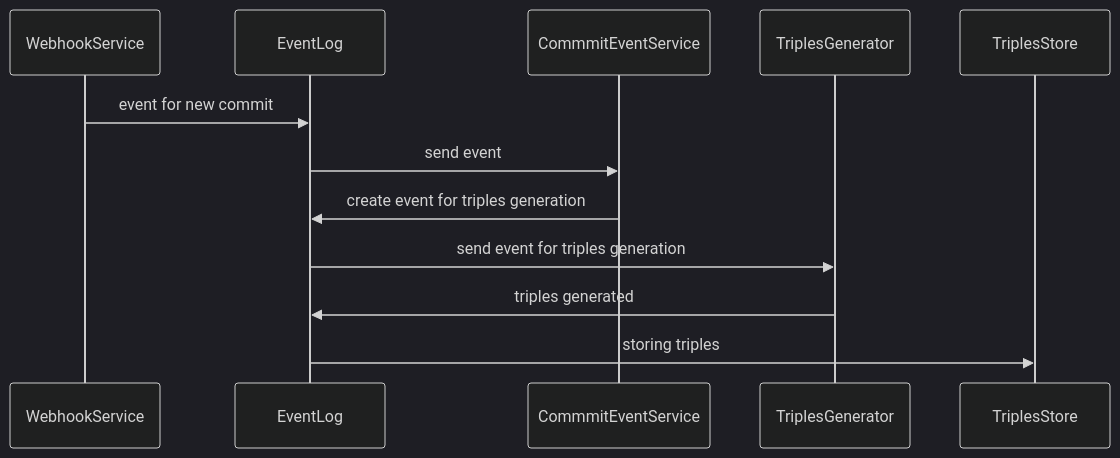
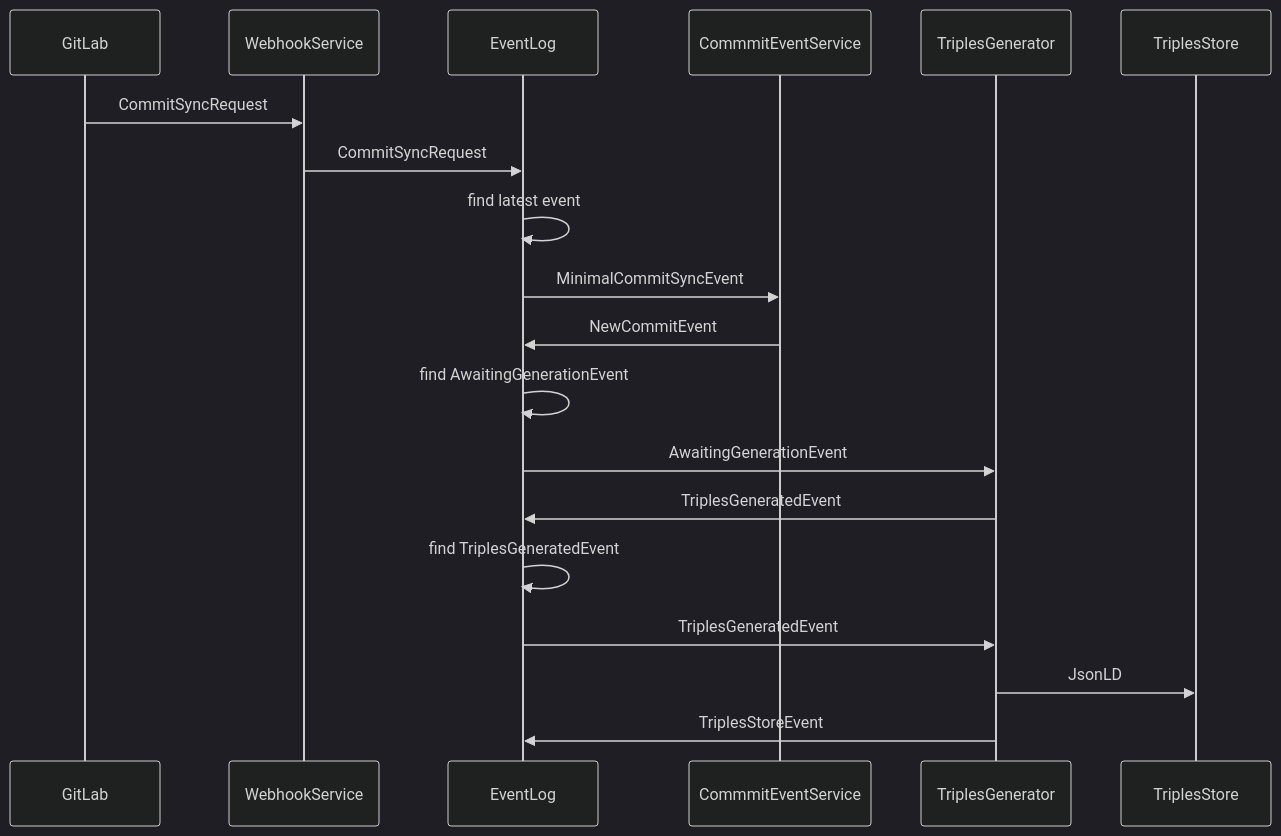
Before and after one commit to SwissDataScienceCenter/renku-graph: the diagram in README.md, drawn with Mermaid (dark theme). The commit also changed other lines of this file, not shown here.

Commit message:
docs: corrected event flow diagram to represent the complete flow

````diff
--- a/README.md
+++ b/README.md
@@ -69,14 +45,21 @@
 ```mermaid
 sequenceDiagram
+    participant GitLab
     participant WebhookService
     participant EventLog
     participant CommmitEventService
     participant TriplesGenerator
     participant TriplesStore
-    WebhookService ->>EventLog: event for new commit 
-    EventLog ->>CommmitEventService: send event
-    CommmitEventService ->>EventLog: create event for triples generation
-    EventLog ->>TriplesGenerator: send event for triples generation
-    TriplesGenerator ->>EventLog: triples generated
-    EventLog ->>TriplesStore: storing triples
+    GitLab ->>WebhookService: CommitSyncRequest
+    WebhookService ->>EventLog: CommitSyncRequest 
+    EventLog ->>EventLog: find latest event 
+    EventLog ->>CommmitEventService: MinimalCommitSyncEvent
+    CommmitEventService ->>EventLog: NewCommitEvent
+    EventLog ->>EventLog: find AwaitingGenerationEvent
+    EventLog ->>TriplesGenerator: AwaitingGenerationEvent
+    TriplesGenerator ->>EventLog: TriplesGeneratedEvent
+    EventLog ->>EventLog: find TriplesGeneratedEvent
+    EventLog ->>TriplesGenerator: TriplesGeneratedEvent
+    TriplesGenerator ->>TriplesStore: JsonLD
+    TriplesGenerator ->>EventLog: TriplesStoreEvent
 ```
````
